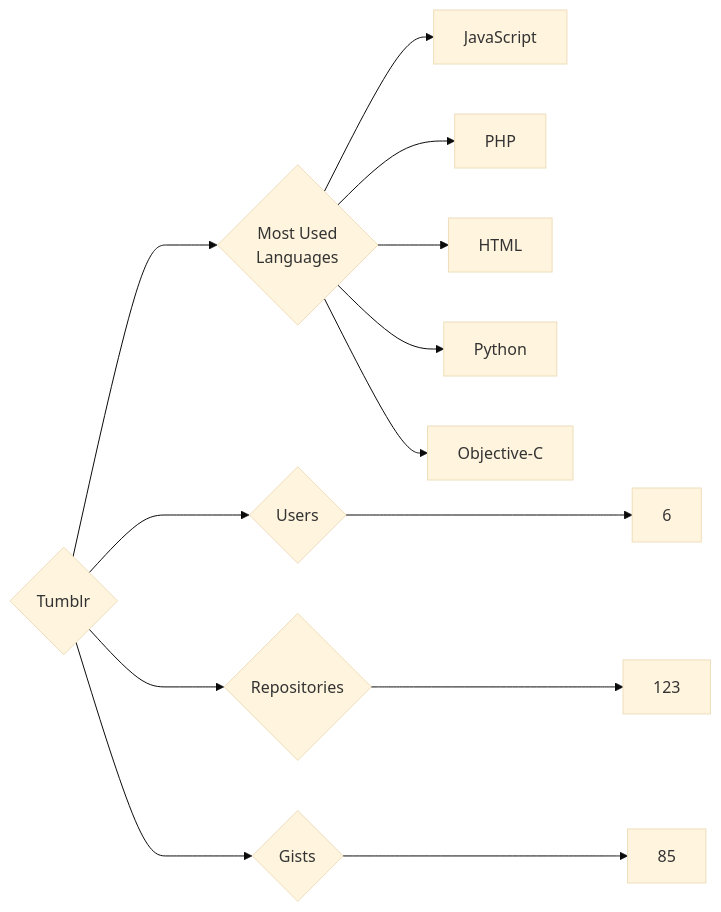
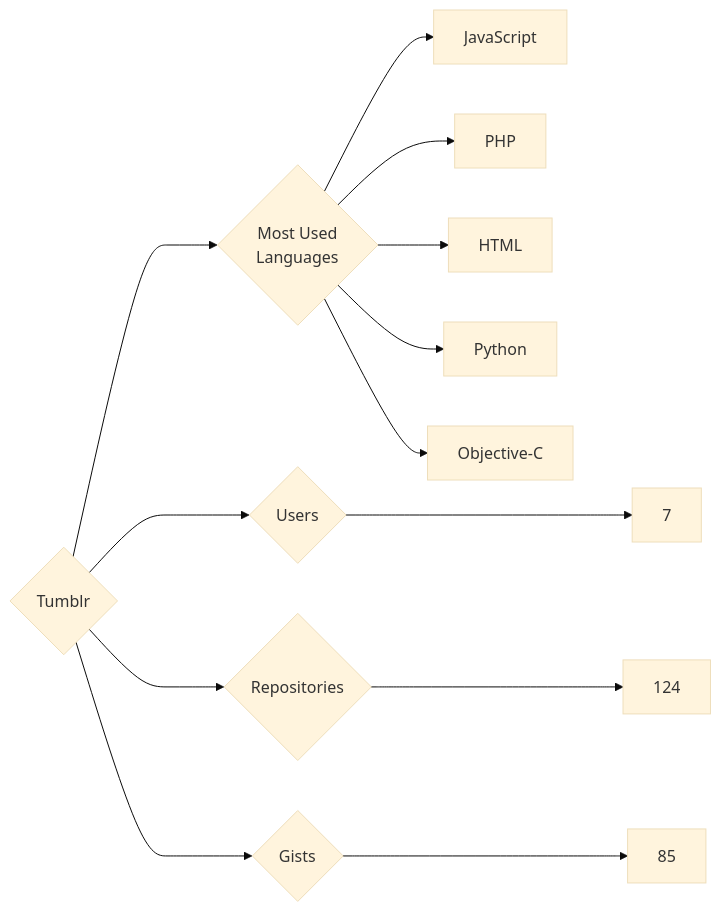
The diagram in targets/Tumblr/README.md (trickest/insiders), drawn with Mermaid (base theme) before and after one commit. The commit also changed 851 other files, not shown here.

````diff
--- a/targets/Tumblr/README.md
+++ b/targets/Tumblr/README.md
@@ -3,13 +3,13 @@
 ```mermaid
 graph LR
 COMPANY_NAME{Tumblr}
-COMPANY_NAME ---> U{Users} ---> UN[6]
-COMPANY_NAME ---> R{Repositories} ---> RN[123]
+COMPANY_NAME ---> U{Users} ---> UN[7]
+COMPANY_NAME ---> R{Repositories} ---> RN[124]
 COMPANY_NAME ---> G{Gists} ---> GN[85]
 COMPANY_NAME ---> ML{Most Used<br>Languages}
 ML --> JavaScript[JavaScript]
 ML --> PHP[PHP]
 ML --> HTML[HTML]
 ML --> Python[Python]
 ML --> Objective-C[Objective-C]
 ```
````
